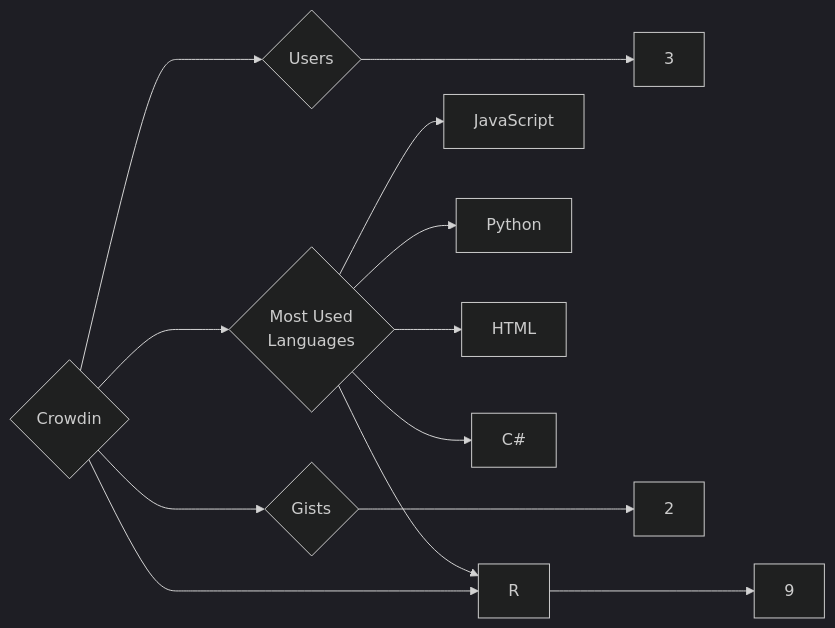
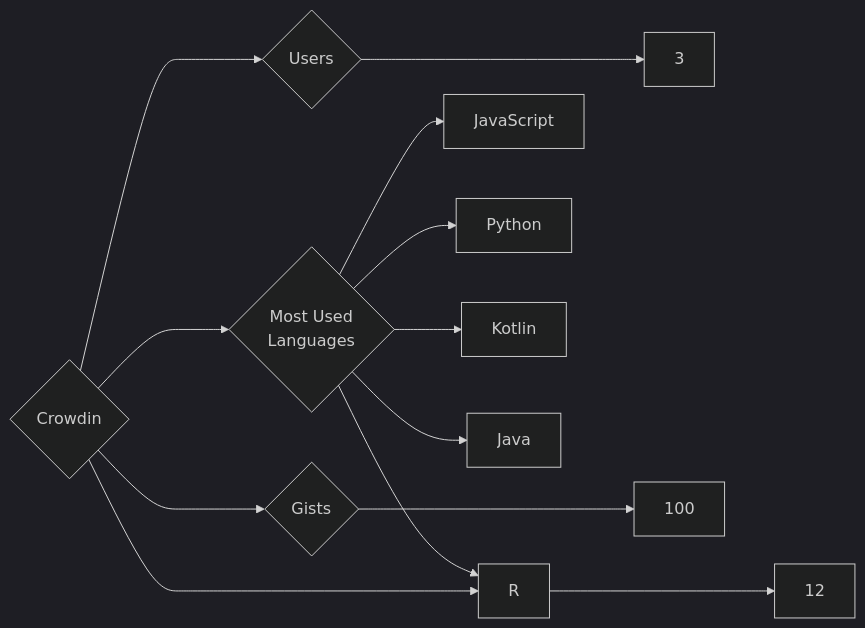
Before and after one commit to trickest/insiders: the diagram in targets/Crowdin/README.md, drawn with Mermaid (dark theme). The commit also changed 880 other files, not shown here.

````diff
--- a/targets/Crowdin/README.md
+++ b/targets/Crowdin/README.md
@@ -3,13 +3,13 @@
 ```mermaid
 graph LR
 COMPANY_NAME{Crowdin}
 COMPANY_NAME ---> U{Users} ---> UN[3]
-COMPANY_NAME ---> R{Repositories} ---> RN[9]
-COMPANY_NAME ---> G{Gists} ---> GN[2]
+COMPANY_NAME ---> R{Repositories} ---> RN[12]
+COMPANY_NAME ---> G{Gists} ---> GN[100]
 COMPANY_NAME ---> ML{Most Used<br>Languages}
 ML --> JavaScript[JavaScript]
 ML --> R[R]
 ML --> Python[Python]
-ML --> HTML[HTML]
-ML --> C#[C#]
+ML --> Kotlin[Kotlin]
+ML --> Java[Java]
 ```
````
